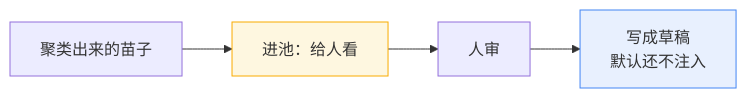
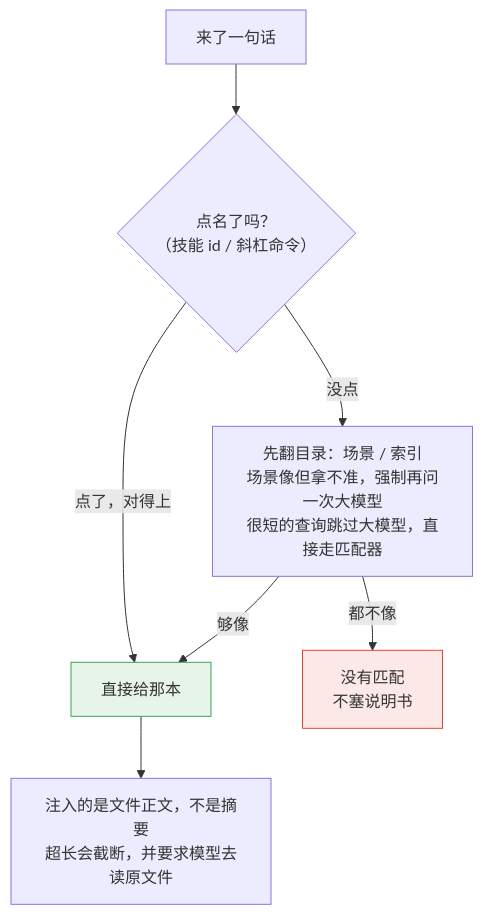
The eighth of 8 diagrams in docs/skill-routing-explained.md (nehcuh/vibesop-py), drawn with Mermaid before and after one commit. The commit also changed other lines of this file and 4 other files, not shown here.

````diff
--- a/docs/skill-routing-explained.md
+++ b/docs/skill-routing-explained.md
@@ -259,8 +314,11 @@
 ```mermaid
-flowchart LR
-    A["聚类出来的苗子"] --> B["进池：给人看"]
-    B --> C["人审"]
-    C --> D["写成草稿<br/>默认还不注入"]
-    style B fill:#fef7e0,stroke:#f9ab00
-    style D fill:#e8f0fe,stroke:#4285f4
+flowchart TD
+    Q["来了一句话"] --> N{"点名了吗？<br/>（技能 id / 斜杠命令）"}
+    N -- "点了，对得上" --> I["直接给那本"]
+    N -- "没点" --> E["先翻目录：场景 / 索引<br/>场景像但拿不准，强制再问一次大模型<br/>很短的查询跳过大模型，直接走匹配器"]
+    E -- "够像" --> I
+    E -- "都不像" --> NO["没有匹配<br/>不塞说明书"]
+    I --> R["注入的是文件正文，不是摘要<br/>超长会截断，并要求模型去读原文件"]
+    style NO fill:#fce8e6,stroke:#ea4335
+    style I fill:#e6f4ea,stroke:#34a853
 ```
````
